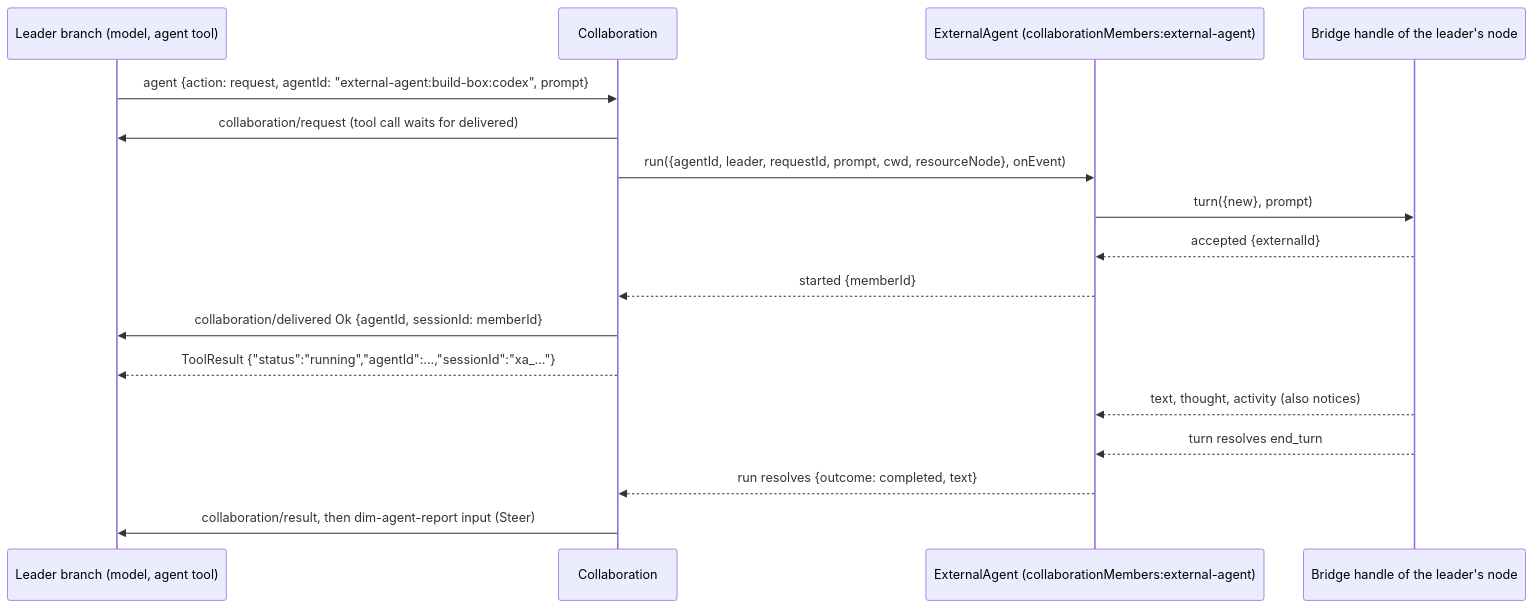
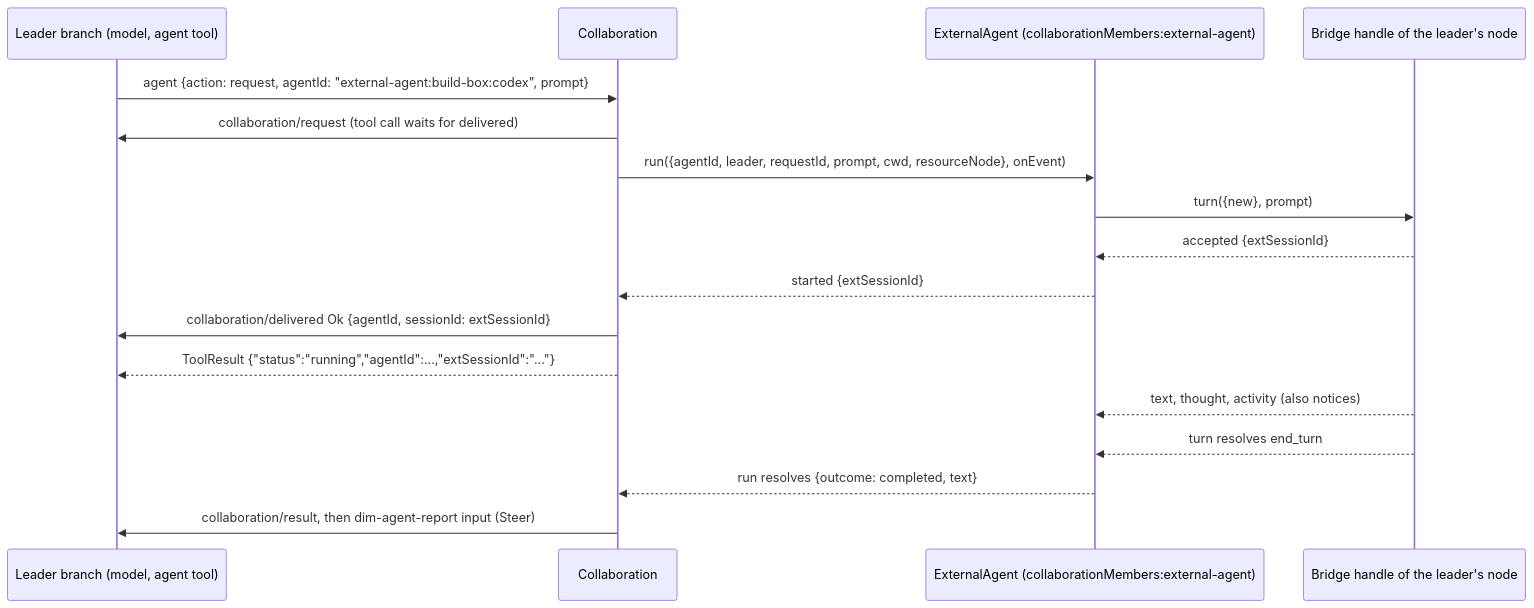
The second of 4 diagrams in docs/design/plugins/ExternalAgent.md (CoutinhoTTS/dim-agent), drawn with Mermaid before and after one commit. The commit also changed other lines of this file and 7 other files, not shown here.

First line of the commit message:
docs(external-agent): narrow the member contract

````diff
--- a/docs/design/plugins/ExternalAgent.md
+++ b/docs/design/plugins/ExternalAgent.md
@@ -131,19 +129,19 @@
 ```mermaid
 sequenceDiagram
   participant L as Leader branch (model, agent tool)
   participant C as Collaboration
   participant X as ExternalAgent (collaborationMembers:external-agent)
   participant B as Bridge handle of the leader's node
   L->>C: agent {action: request, agentId: "external-agent:build-box:codex", prompt}
   C->>L: collaboration/request (tool call waits for delivered)
   C->>X: run({agentId, leader, requestId, prompt, cwd, resourceNode}, onEvent)
   X->>B: turn({new}, prompt)
-  B-->>X: accepted {externalId}
-  X-->>C: started {memberId}
-  C->>L: collaboration/delivered Ok {agentId, sessionId: memberId}
-  C-->>L: ToolResult {"status":"running","agentId":...,"sessionId":"xa_..."}
+  B-->>X: accepted {extSessionId}
+  X-->>C: started {extSessionId}
+  C->>L: collaboration/delivered Ok {agentId, sessionId: extSessionId}
+  C-->>L: ToolResult {"status":"running","agentId":...,"extSessionId":"..."}
   B-->>X: text, thought, activity (also notices)
   B-->>X: turn resolves end_turn
   X-->>C: run resolves {outcome: completed, text}
   C->>L: collaboration/result, then dim-agent-report input (Steer)
 ```
````
